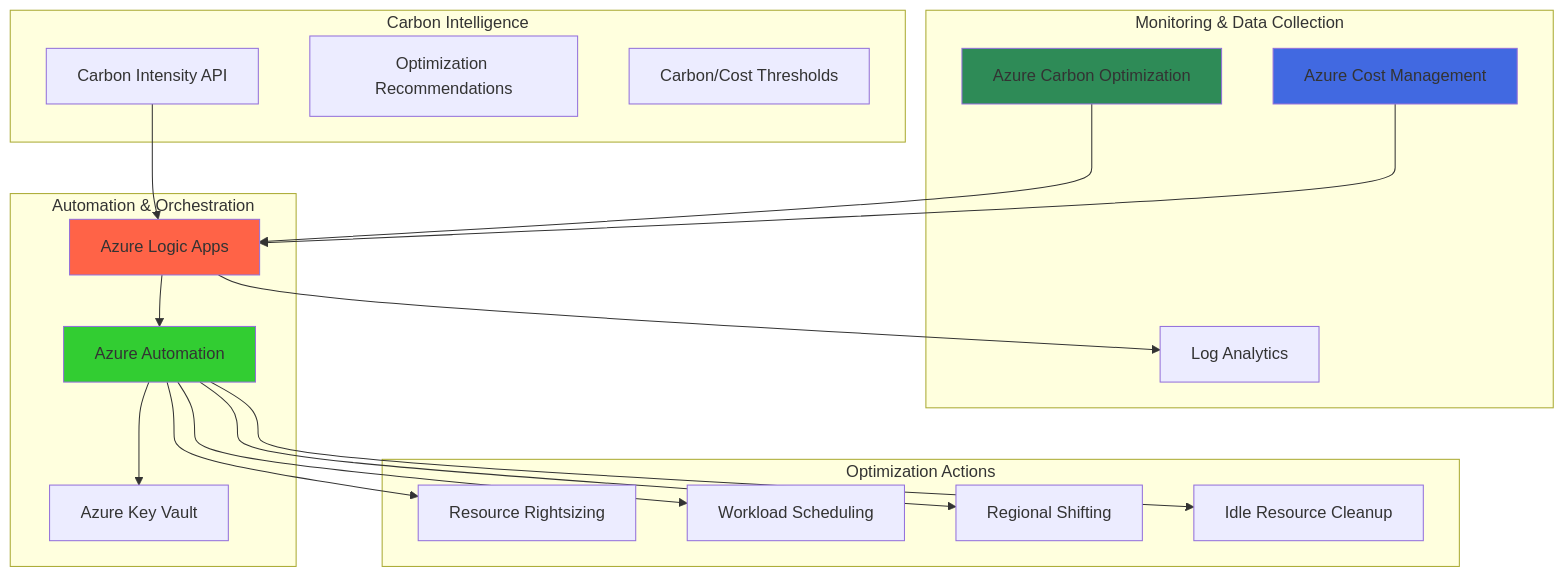
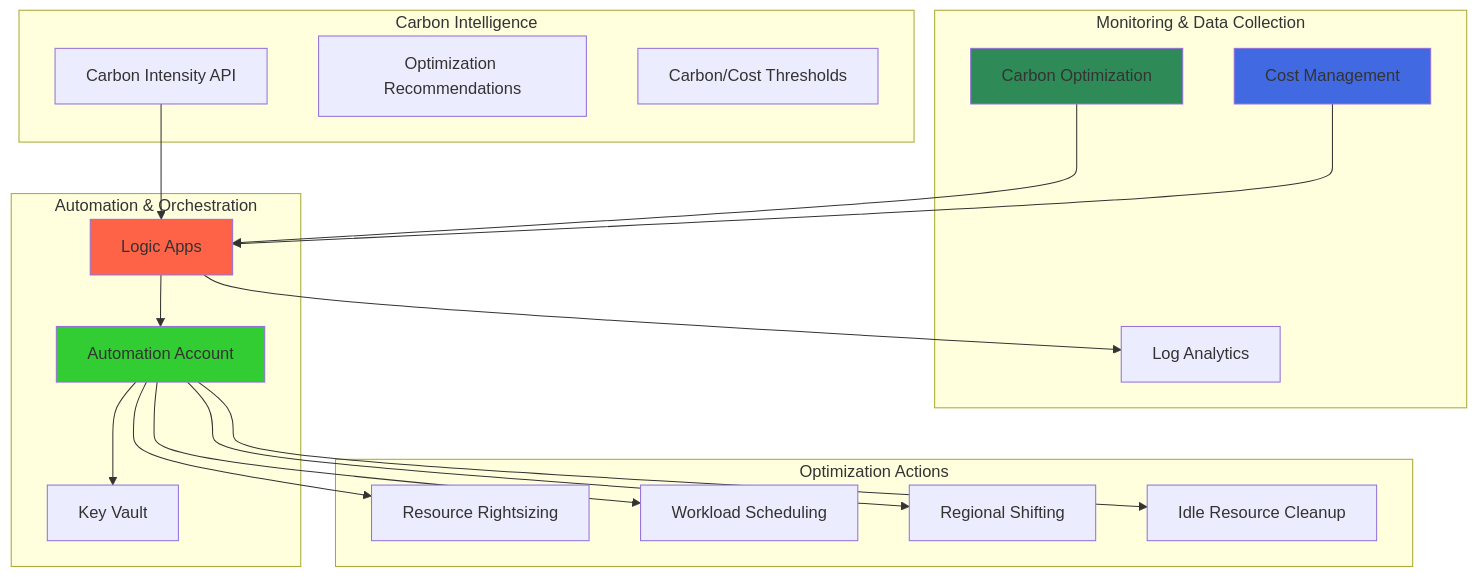
One commit to mzazon/awesome-cloud-projects changed the diagram in azure/carbon-aware-cost-optimization-sustainability-automation/carbon-aware-cost-optimization-sustainability-automation.md. Above: the diagram before and after it, drawn with Mermaid. The commit also changed other lines of this file and 5581 other files, not shown here.

````diff
--- a/azure/carbon-aware-cost-optimization-sustainability-automation/carbon-aware-cost-optimization-sustainability-automation.md
+++ b/azure/carbon-aware-cost-optimization-sustainability-automation/carbon-aware-cost-optimization-sustainability-automation.md
@@ -30,43 +30,43 @@
 ```mermaid
 graph TB
     subgraph "Monitoring & Data Collection"
-        CO[Azure Carbon Optimization]
-        CM[Azure Cost Management]
+        CO[Carbon Optimization]
+        CM[Cost Management]
         LA[Log Analytics]
     end
     
     subgraph "Automation & Orchestration"
-        LOGIC[Azure Logic Apps]
-        AA[Azure Automation]
-        KV[Azure Key Vault]
+        LOGIC[Logic Apps]
+        AA[Automation Account]
+        KV[Key Vault]
     end
     
     subgraph "Carbon Intelligence"
         CI[Carbon Intensity API]
         REC[Optimization Recommendations]
         THRESH[Carbon/Cost Thresholds]
     end
     
     subgraph "Optimization Actions"
         RESIZE[Resource Rightsizing]
         SCHEDULE[Workload Scheduling]
         REGION[Regional Shifting]
         SHUTDOWN[Idle Resource Cleanup]
     end
     
     CO --> LOGIC
     CM --> LOGIC
     CI --> LOGIC
     LOGIC --> AA
     AA --> KV
     AA --> RESIZE
     AA --> SCHEDULE
     AA --> REGION
     AA --> SHUTDOWN
     LOGIC --> LA
     
     style CO fill:#2E8B57
     style CM fill:#4169E1
     style LOGIC fill:#FF6347
     style AA fill:#32CD32
 ```
````
